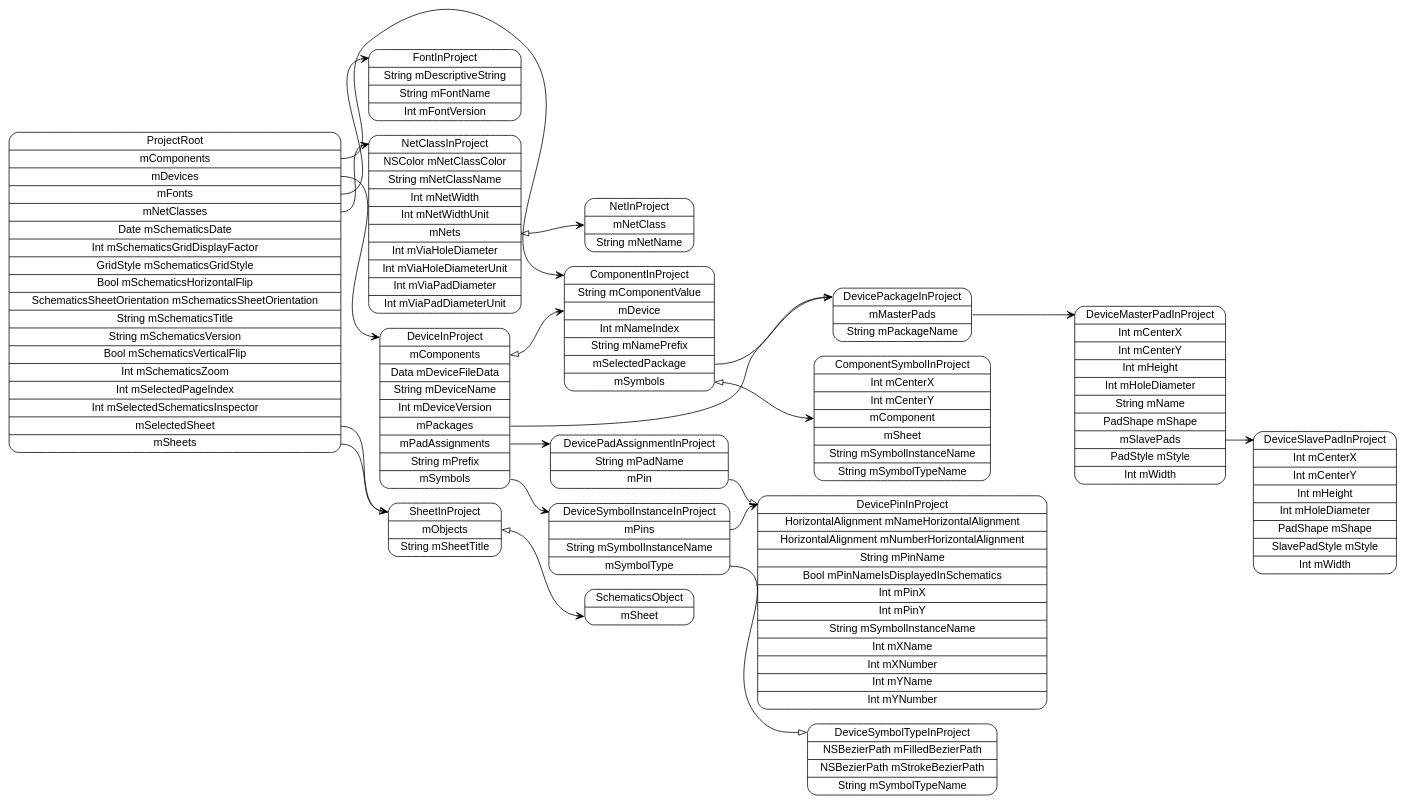
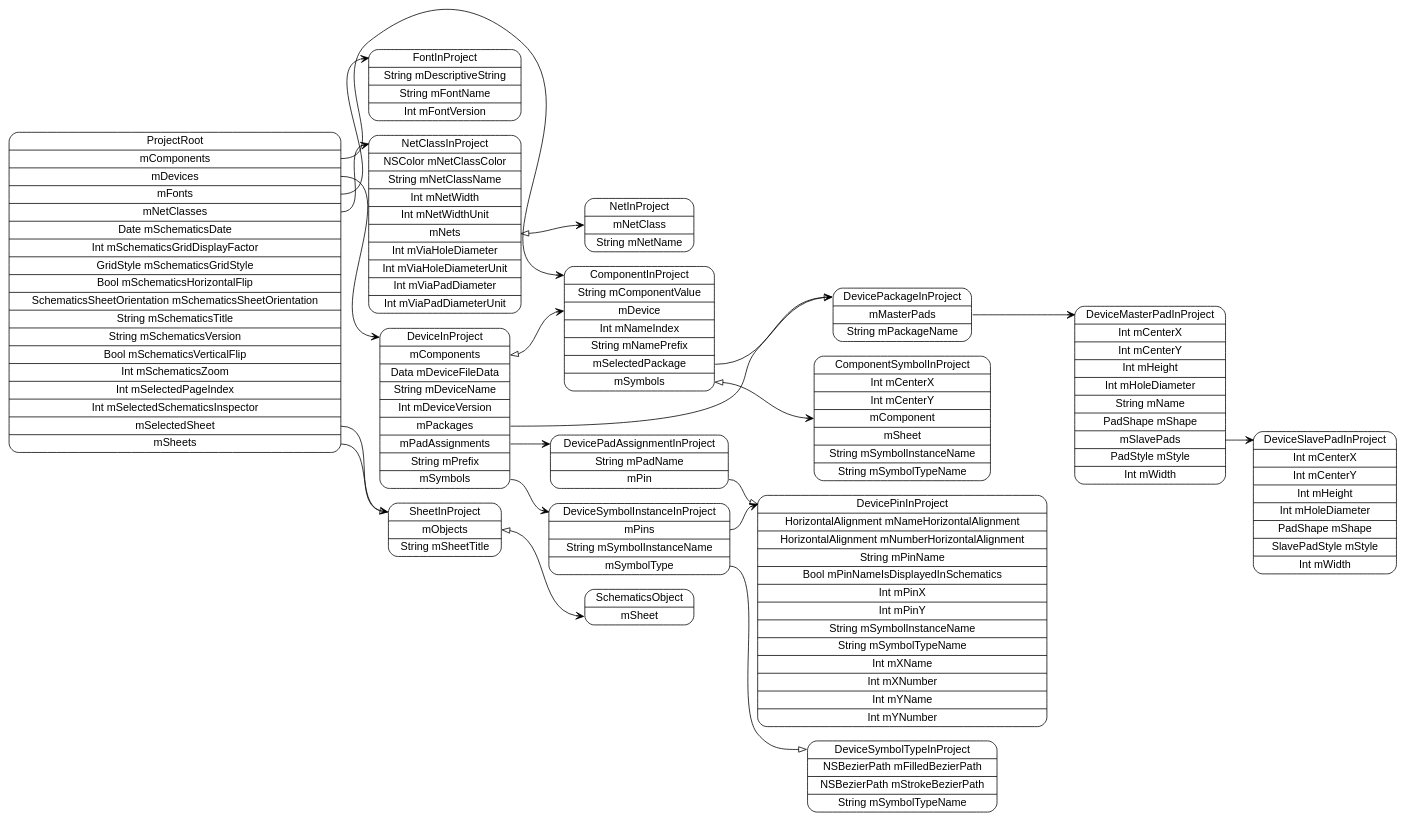
One commit to pierremolinaro/ElCanari-dev changed the diagram in models/ProjectRoot.dot. Above: the diagram before and after it, drawn with Graphviz. The commit also changed 26 other files, not shown here.

Commit message:
Symbol Pin names in schematics

```diff
--- a/models/ProjectRoot.dot
+++ b/models/ProjectRoot.dot
@@ -1,39 +1,39 @@
 digraph G {
   rankdir=LR ;
   node [shape=record fontname=helvetica style=rounded] ;
   ProjectRoot[label="<ProjectRoot>ProjectRoot|<mComponents>mComponents|<mDevices>mDevices|<mFonts>mFonts|<mNetClasses>mNetClasses|Date mSchematicsDate|Int mSchematicsGridDisplayFactor|GridStyle mSchematicsGridStyle|Bool mSchematicsHorizontalFlip|SchematicsSheetOrientation mSchematicsSheetOrientation|String mSchematicsTitle|String mSchematicsVersion|Bool mSchematicsVerticalFlip|Int mSchematicsZoom|Int mSelectedPageIndex|Int mSelectedSchematicsInspector|<mSelectedSheet>mSelectedSheet|<mSheets>mSheets"] ;
   SheetInProject[label="<SheetInProject>SheetInProject|<mObjects>mObjects|String mSheetTitle"] ;
   SchematicsObject[label="<SchematicsObject>SchematicsObject|<mSheet>mSheet"] ;
   NetClassInProject[label="<NetClassInProject>NetClassInProject|NSColor mNetClassColor|String mNetClassName|Int mNetWidth|Int mNetWidthUnit|<mNets>mNets|Int mViaHoleDiameter|Int mViaHoleDiameterUnit|Int mViaPadDiameter|Int mViaPadDiameterUnit"] ;
   NetInProject[label="<NetInProject>NetInProject|<mNetClass>mNetClass|String mNetName"] ;
   FontInProject[label="<FontInProject>FontInProject|String mDescriptiveString|String mFontName|Int mFontVersion"] ;
   DeviceInProject[label="<DeviceInProject>DeviceInProject|<mComponents>mComponents|Data mDeviceFileData|String mDeviceName|Int mDeviceVersion|<mPackages>mPackages|<mPadAssignments>mPadAssignments|String mPrefix|<mSymbols>mSymbols"] ;
   DeviceSymbolInstanceInProject[label="<DeviceSymbolInstanceInProject>DeviceSymbolInstanceInProject|<mPins>mPins|String mSymbolInstanceName|<mSymbolType>mSymbolType"] ;
   DeviceSymbolTypeInProject[label="<DeviceSymbolTypeInProject>DeviceSymbolTypeInProject|NSBezierPath mFilledBezierPath|NSBezierPath mStrokeBezierPath|String mSymbolTypeName"] ;
-  DevicePinInProject[label="<DevicePinInProject>DevicePinInProject|HorizontalAlignment mNameHorizontalAlignment|HorizontalAlignment mNumberHorizontalAlignment|String mPinName|Bool mPinNameIsDisplayedInSchematics|Int mPinX|Int mPinY|String mSymbolInstanceName|Int mXName|Int mXNumber|Int mYName|Int mYNumber"] ;
+  DevicePinInProject[label="<DevicePinInProject>DevicePinInProject|HorizontalAlignment mNameHorizontalAlignment|HorizontalAlignment mNumberHorizontalAlignment|String mPinName|Bool mPinNameIsDisplayedInSchematics|Int mPinX|Int mPinY|String mSymbolInstanceName|String mSymbolTypeName|Int mXName|Int mXNumber|Int mYName|Int mYNumber"] ;
   DevicePadAssignmentInProject[label="<DevicePadAssignmentInProject>DevicePadAssignmentInProject|String mPadName|<mPin>mPin"] ;
   DevicePackageInProject[label="<DevicePackageInProject>DevicePackageInProject|<mMasterPads>mMasterPads|String mPackageName"] ;
   DeviceMasterPadInProject[label="<DeviceMasterPadInProject>DeviceMasterPadInProject|Int mCenterX|Int mCenterY|Int mHeight|Int mHoleDiameter|String mName|PadShape mShape|<mSlavePads>mSlavePads|PadStyle mStyle|Int mWidth"] ;
   DeviceSlavePadInProject[label="<DeviceSlavePadInProject>DeviceSlavePadInProject|Int mCenterX|Int mCenterY|Int mHeight|Int mHoleDiameter|PadShape mShape|SlavePadStyle mStyle|Int mWidth"] ;
   ComponentInProject[label="<ComponentInProject>ComponentInProject|String mComponentValue|<mDevice>mDevice|Int mNameIndex|String mNamePrefix|<mSelectedPackage>mSelectedPackage|<mSymbols>mSymbols"] ;
   ComponentSymbolInProject[label="<ComponentSymbolInProject>ComponentSymbolInProject|Int mCenterX|Int mCenterY|<mComponent>mComponent|<mSheet>mSheet|String mSymbolInstanceName|String mSymbolTypeName"] ;
   ProjectRoot:mComponents -> ComponentInProject:ComponentInProject [dir=both arrowtail=none arrowhead=vee] ;
   ProjectRoot:mDevices -> DeviceInProject:DeviceInProject [dir=both arrowtail=none arrowhead=vee] ;
   ProjectRoot:mFonts -> FontInProject:FontInProject [dir=both arrowtail=none arrowhead=vee] ;
   ProjectRoot:mNetClasses -> NetClassInProject:NetClassInProject [dir=both arrowtail=none arrowhead=vee] ;
   ProjectRoot:mSelectedSheet -> SheetInProject:SheetInProject [dir=both arrowtail=none arrowhead=onormal] ;
   ProjectRoot:mSheets -> SheetInProject:SheetInProject [dir=both arrowtail=none arrowhead=vee] ;
   SheetInProject:mObjects -> SchematicsObject:mSheet [dir=both arrowtail=onormal arrowhead=vee] ;
   NetClassInProject:mNets -> NetInProject:mNetClass [dir=both arrowtail=onormal arrowhead=vee] ;
   DeviceInProject:mComponents -> ComponentInProject:mDevice [dir=both arrowtail=onormal arrowhead=vee] ;
   DeviceInProject:mPackages -> DevicePackageInProject:DevicePackageInProject [dir=both arrowtail=none arrowhead=vee] ;
   DeviceInProject:mPadAssignments -> DevicePadAssignmentInProject:DevicePadAssignmentInProject [dir=both arrowtail=none arrowhead=vee] ;
   DeviceInProject:mSymbols -> DeviceSymbolInstanceInProject:DeviceSymbolInstanceInProject [dir=both arrowtail=none arrowhead=vee] ;
   DeviceSymbolInstanceInProject:mPins -> DevicePinInProject:DevicePinInProject [dir=both arrowtail=none arrowhead=vee] ;
   DeviceSymbolInstanceInProject:mSymbolType -> DeviceSymbolTypeInProject:DeviceSymbolTypeInProject [dir=both arrowtail=none arrowhead=onormal] ;
   DevicePadAssignmentInProject:mPin -> DevicePinInProject:DevicePinInProject [dir=both arrowtail=none arrowhead=onormal] ;
   DevicePackageInProject:mMasterPads -> DeviceMasterPadInProject:DeviceMasterPadInProject [dir=both arrowtail=none arrowhead=vee] ;
   DeviceMasterPadInProject:mSlavePads -> DeviceSlavePadInProject:DeviceSlavePadInProject [dir=both arrowtail=none arrowhead=vee] ;
   ComponentInProject:mSelectedPackage -> DevicePackageInProject:DevicePackageInProject [dir=both arrowtail=none arrowhead=onormal] ;
   ComponentInProject:mSymbols -> ComponentSymbolInProject:mComponent [dir=both arrowtail=onormal arrowhead=vee] ;
 }
```
